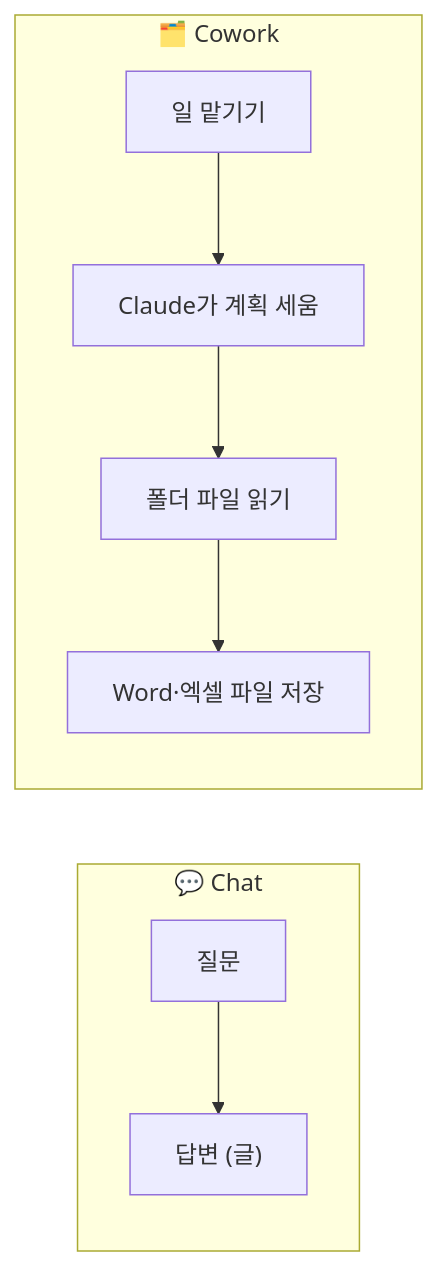
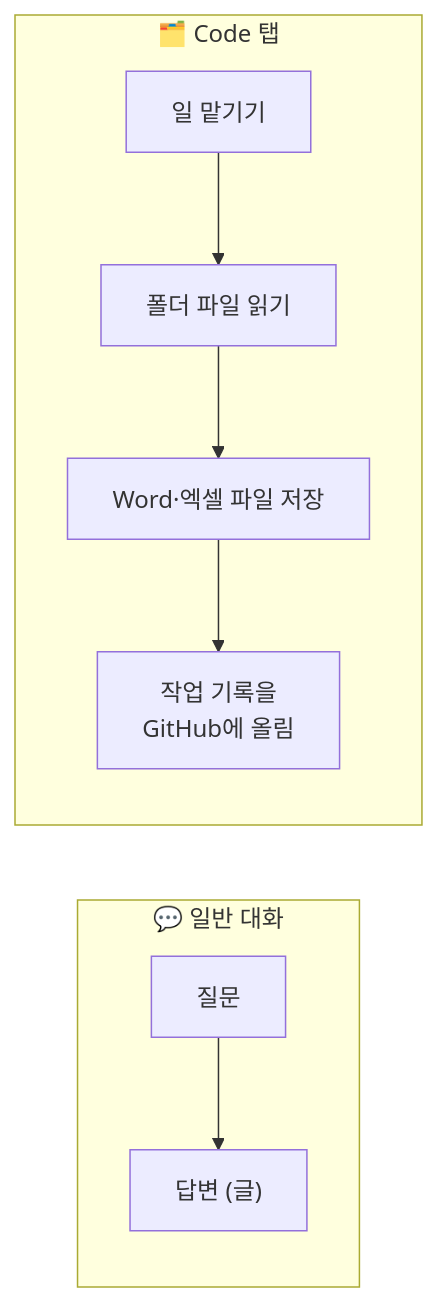
Before and after one commit to gyuber/claude-basics: the diagram in lessons/00-시작-전에.md, drawn with Mermaid. The commit also changed other lines of this file and 23 other files, not shown here.

````diff
--- a/lessons/00-시작-전에.md
+++ b/lessons/00-시작-전에.md
@@ -7,9 +7,9 @@
 ```mermaid
 flowchart LR
-  subgraph Chat["💬 Chat"]
+  subgraph Chat["💬 일반 대화"]
     A1["질문"] --> A2["답변 (글)"]
   end
-  subgraph Cowork["🗂️ Cowork"]
-    B1["일 맡기기"] --> B2["Claude가 계획 세움"] --> B3["폴더 파일 읽기"] --> B4["Word·엑셀 파일 저장"]
+  subgraph Code["🗂️ Code 탭"]
+    B1["일 맡기기"] --> B2["폴더 파일 읽기"] --> B3["Word·엑셀 파일 저장"] --> B4["작업 기록을<br/>GitHub에 올림"]
   end
 ```
````
